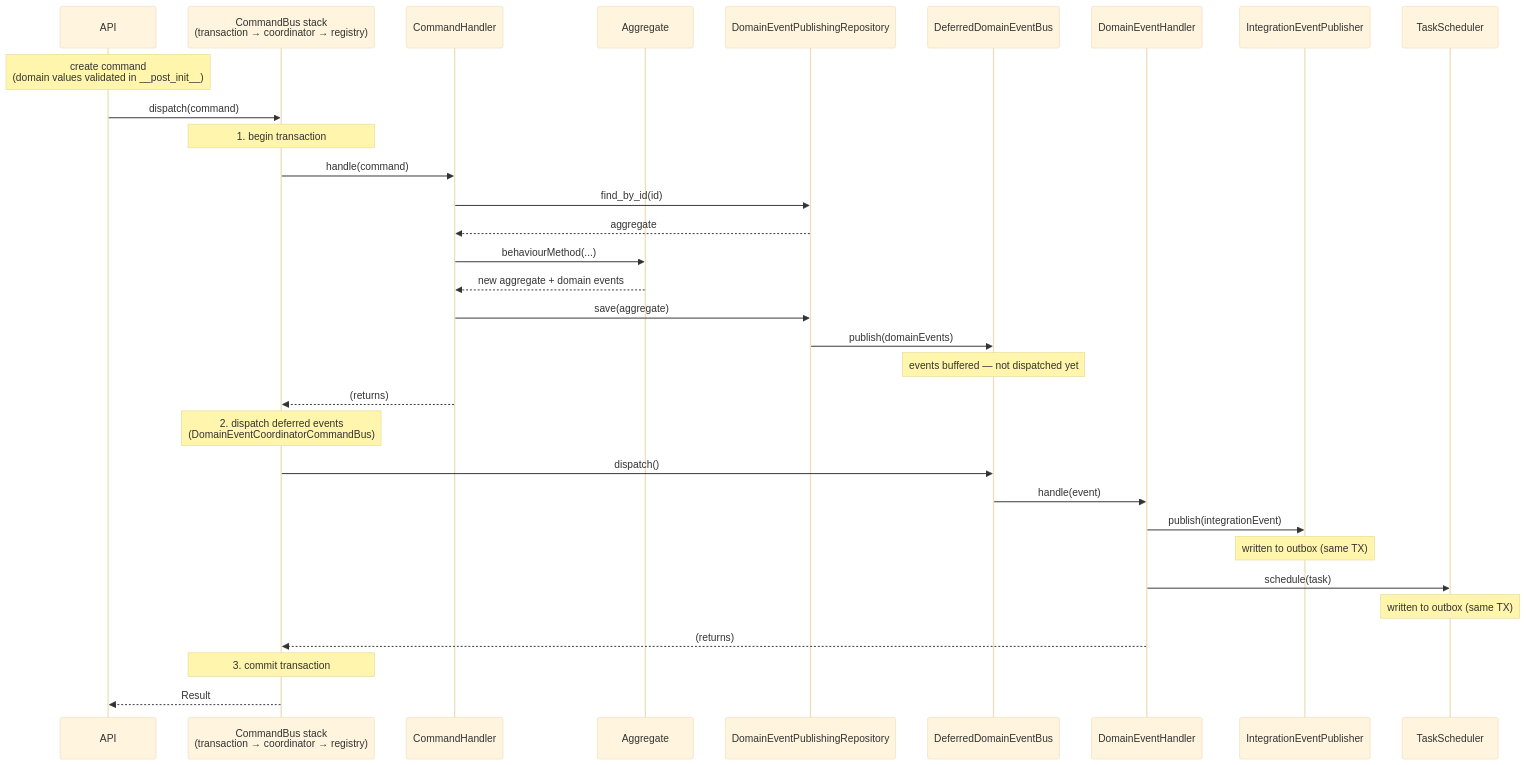
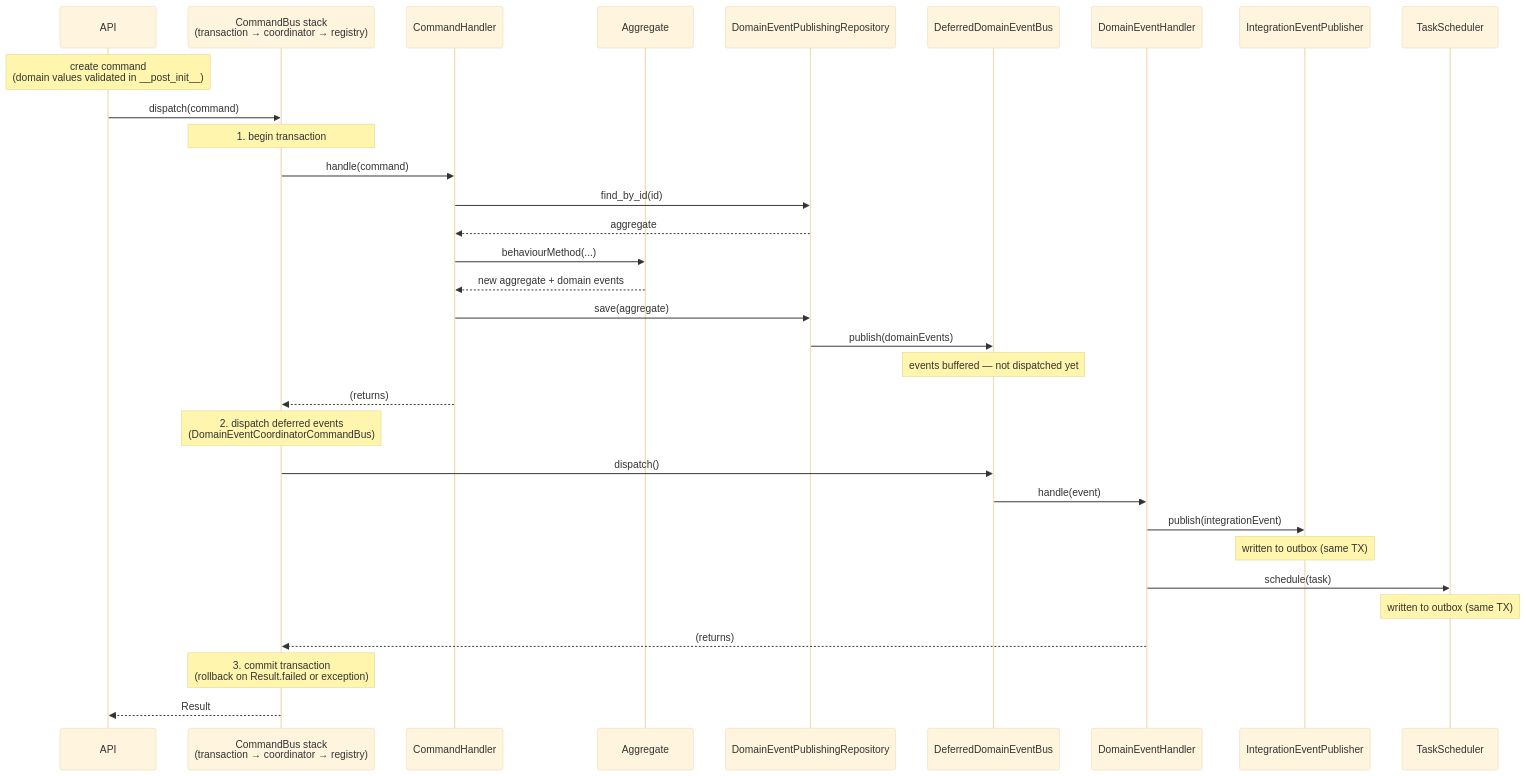
The first of 2 diagrams in docs/best-practices.md (aseguragonzalez/python-seedwork), drawn with Mermaid (base theme) before and after one commit. The commit also changed other lines of this file and 5 other files, not shown here.

Commit message:
fix: roll back the unit of work when a command returns a failed result (#95)

````diff
--- a/docs/best-practices.md
+++ b/docs/best-practices.md
@@ -356,35 +357,35 @@
 ```mermaid
 sequenceDiagram
     participant API
     participant Bus as CommandBus stack<br/>(transaction → coordinator → registry)
     participant Handler as CommandHandler
     participant Agg as Aggregate
     participant PubRepo as DomainEventPublishingRepository
     participant DeferredBus as DeferredDomainEventBus
     participant EH as DomainEventHandler
     participant IEP as IntegrationEventPublisher
     participant TS as TaskScheduler
 
     Note over API: create command<br/>(domain values validated in __post_init__)
     API->>Bus: dispatch(command)
     Note over Bus: 1. begin transaction
     Bus->>Handler: handle(command)
     Handler->>PubRepo: find_by_id(id)
     PubRepo-->>Handler: aggregate
     Handler->>Agg: behaviourMethod(...)
     Agg-->>Handler: new aggregate + domain events
     Handler->>PubRepo: save(aggregate)
     PubRepo->>DeferredBus: publish(domainEvents)
     Note over DeferredBus: events buffered — not dispatched yet
     Handler-->>Bus: (returns)
     Note over Bus: 2. dispatch deferred events<br/>(DomainEventCoordinatorCommandBus)
     Bus->>DeferredBus: dispatch()
     DeferredBus->>EH: handle(event)
     EH->>IEP: publish(integrationEvent)
     Note over IEP: written to outbox (same TX)
     EH->>TS: schedule(task)
     Note over TS: written to outbox (same TX)
     EH-->>Bus: (returns)
-    Note over Bus: 3. commit transaction
+    Note over Bus: 3. commit transaction<br/>(rollback on Result.failed or exception)
     Bus-->>API: Result
 ```
````
